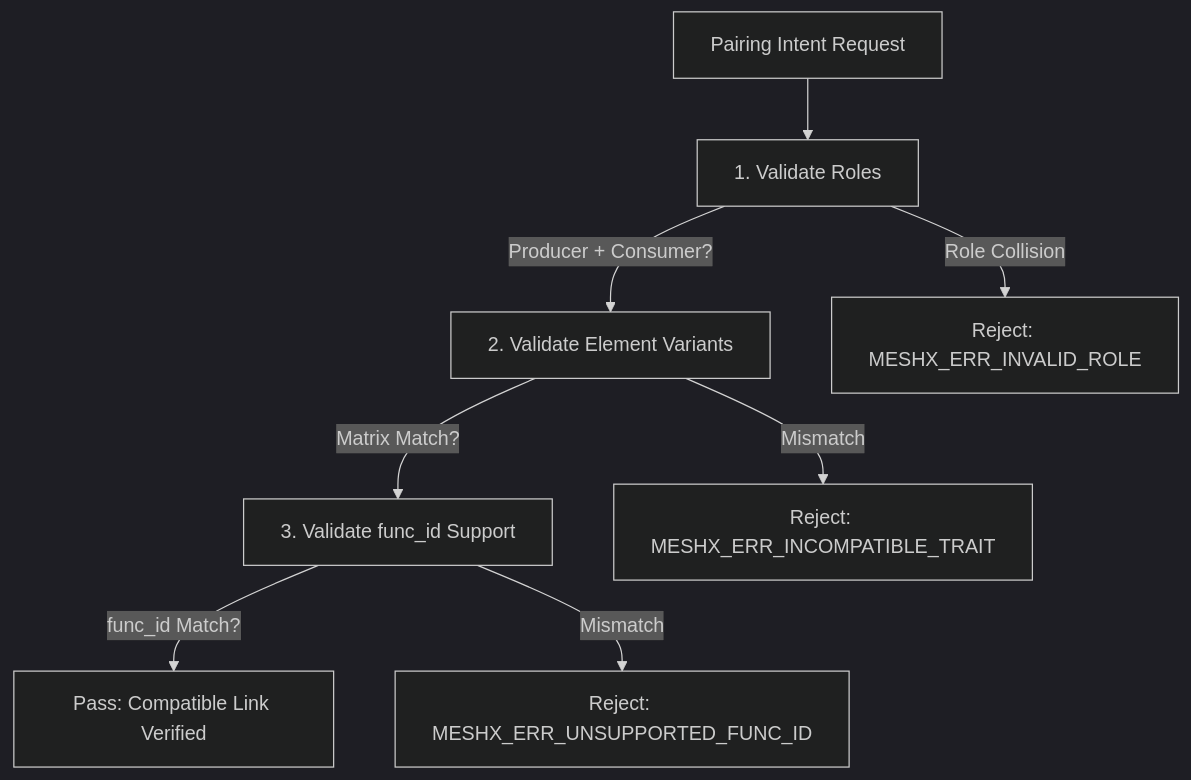
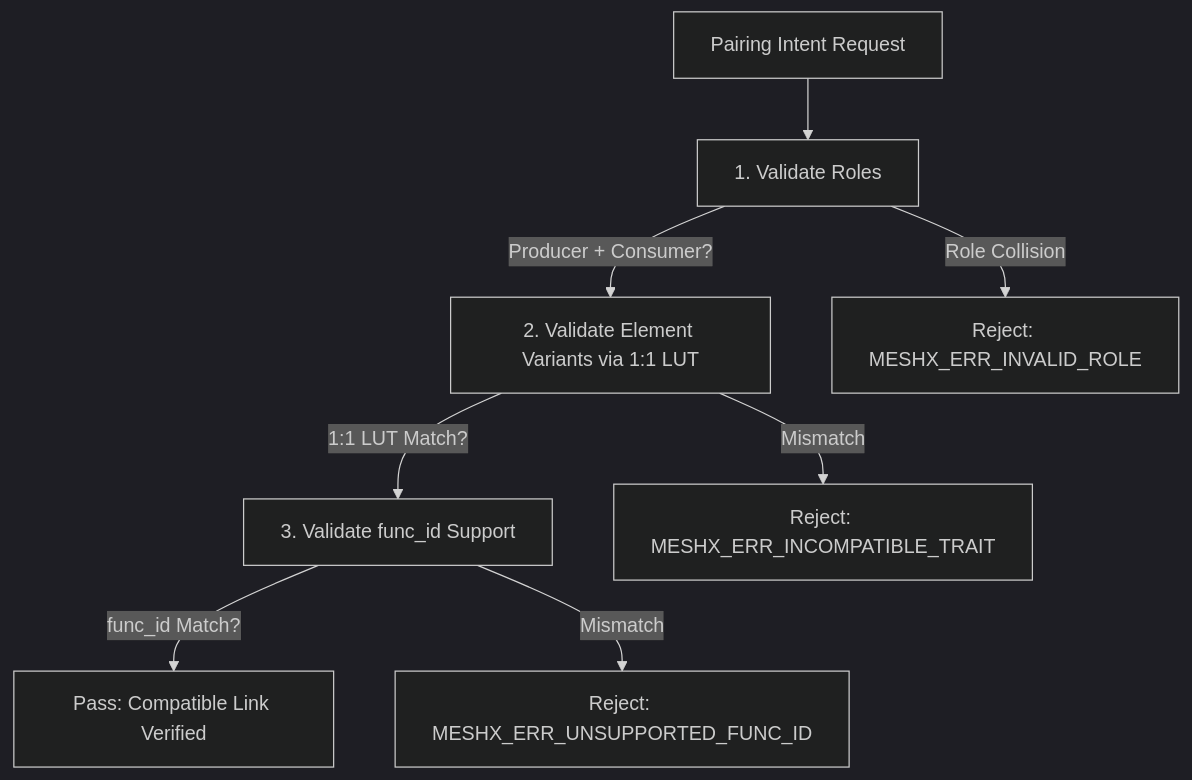
The diagram in .specs/autonomous-element-pairing/design/03_semantic_compatibility_engine.md (pranjalchanda08/MeshX), drawn with Mermaid (dark theme) before and after one commit. The commit also changed other lines of this file and 45 other files, not shown here.

````diff
--- a/.specs/autonomous-element-pairing/design/03_semantic_compatibility_engine.md
+++ b/.specs/autonomous-element-pairing/design/03_semantic_compatibility_engine.md
@@ -43,12 +43,12 @@
 ```mermaid
 graph TD
     Intent[Pairing Intent Request] --> ValRole[1. Validate Roles]
-    ValRole -->|Producer + Consumer?| ValVariant[2. Validate Element Variants]
+    ValRole -->|Producer + Consumer?| ValVariant[2. Validate Element Variants via 1:1 LUT]
     ValRole -->|Role Collision| ErrRole[Reject: MESHX_ERR_INVALID_ROLE]
     
-    ValVariant -->|Matrix Match?| ValFunc[3. Validate func_id Support]
+    ValVariant -->|1:1 LUT Match?| ValFunc[3. Validate func_id Support]
     ValVariant -->|Mismatch| ErrTrait[Reject: MESHX_ERR_INCOMPATIBLE_TRAIT]
     
     ValFunc -->|func_id Match?| Success[Pass: Compatible Link Verified]
     ValFunc -->|Mismatch| ErrFunc[Reject: MESHX_ERR_UNSUPPORTED_FUNC_ID]
 ```
````
